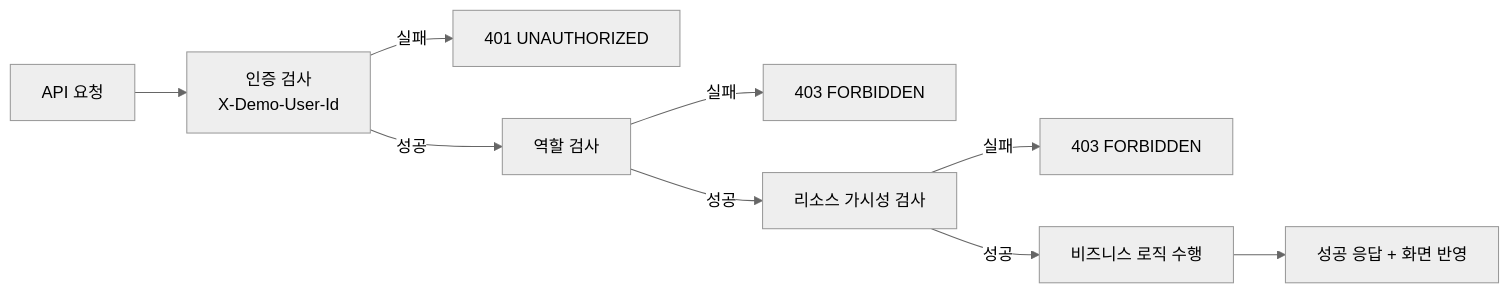
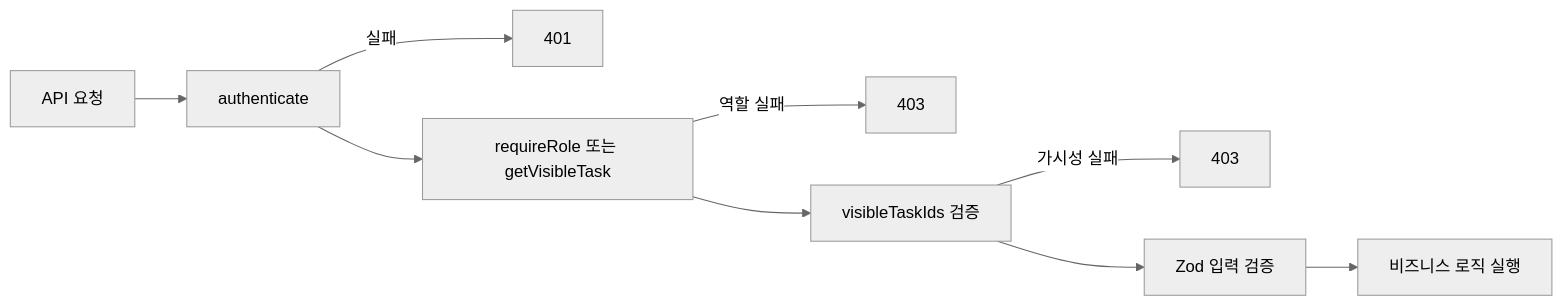
Before and after one commit to claire-yunsumin/test: the diagram in docs/AUTH_VISIBILITY_LIFECYCLE.md, drawn with Mermaid (neutral theme). The commit also changed other lines of this file and 18 other files, not shown here.

````diff
--- a/docs/AUTH_VISIBILITY_LIFECYCLE.md
+++ b/docs/AUTH_VISIBILITY_LIFECYCLE.md
@@ -84,11 +63,11 @@
 ```mermaid
 flowchart LR
-  A[API 요청] --> B[인증 검사<br/>X-Demo-User-Id]
-  B -->|실패| X[401 UNAUTHORIZED]
-  B -->|성공| C[역할 검사]
-  C -->|실패| Y[403 FORBIDDEN]
-  C -->|성공| D[리소스 가시성 검사]
-  D -->|실패| Z[403 FORBIDDEN]
-  D -->|성공| E[비즈니스 로직 수행]
-  E --> F[성공 응답 + 화면 반영]
+  A[API 요청] --> B[authenticate]
+  B -->|실패| X[401]
+  B --> C[requireRole 또는 getVisibleTask]
+  C -->|역할 실패| Y[403]
+  C --> D[visibleTaskIds 검증]
+  D -->|가시성 실패| Z[403]
+  D --> E[Zod 입력 검증]
+  E --> F[비즈니스 로직 실행]
 ```
````
